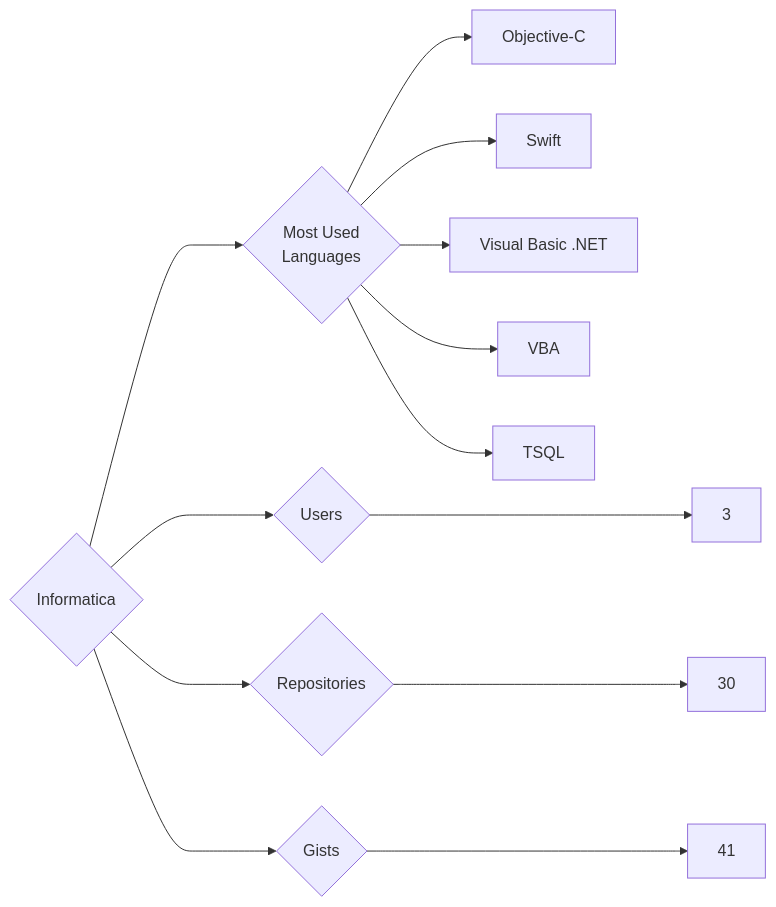
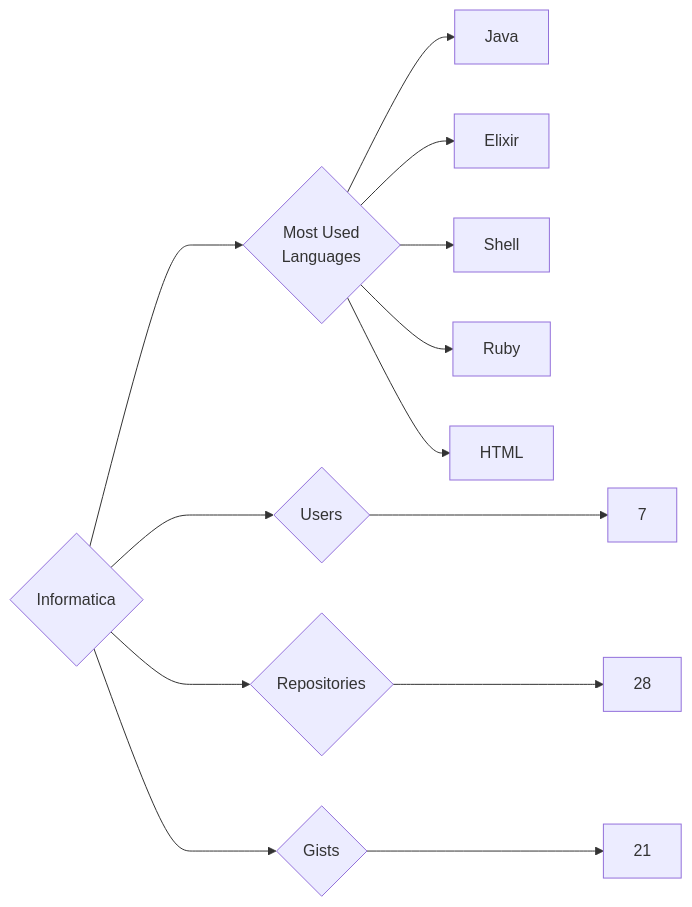
The diagram in targets/Informatica/README.md (trickest/insiders), drawn with Mermaid before and after one commit. The commit also changed 786 other files, not shown here.

````diff
--- a/targets/Informatica/README.md
+++ b/targets/Informatica/README.md
@@ -3,13 +3,13 @@
 ```mermaid
 graph LR
 COMPANY_NAME{Informatica}
-COMPANY_NAME ---> U{Users} ---> UN[3]
-COMPANY_NAME ---> R{Repositories} ---> RN[30]
-COMPANY_NAME ---> G{Gists} ---> GN[41]
+COMPANY_NAME ---> U{Users} ---> UN[7]
+COMPANY_NAME ---> R{Repositories} ---> RN[28]
+COMPANY_NAME ---> G{Gists} ---> GN[21]
 COMPANY_NAME ---> ML{Most Used<br>Languages}
-ML --> Objective-C[Objective-C]
-ML --> Swift[Swift]
-ML --> Visual_Basic_.NET[Visual Basic .NET]
-ML --> VBA[VBA]
-ML --> TSQL[TSQL]
+ML --> Java[Java]
+ML --> Elixir[Elixir]
+ML --> Shell[Shell]
+ML --> Ruby[Ruby]
+ML --> HTML[HTML]
 ```
````
